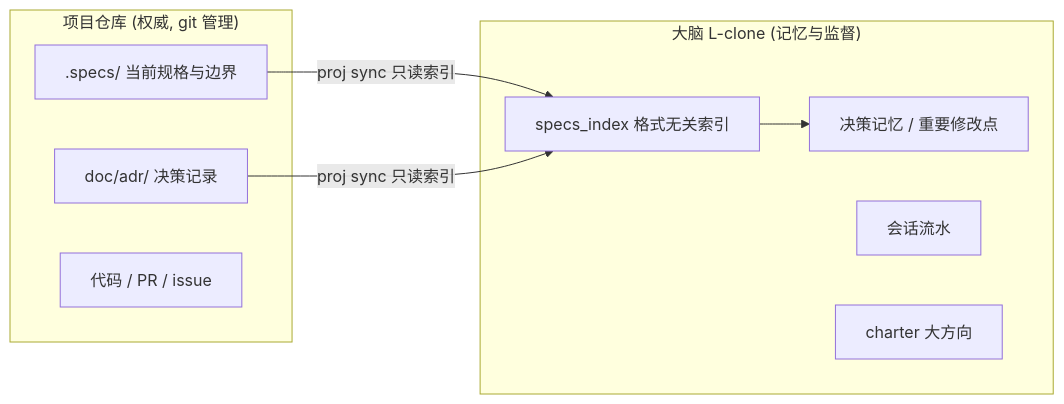
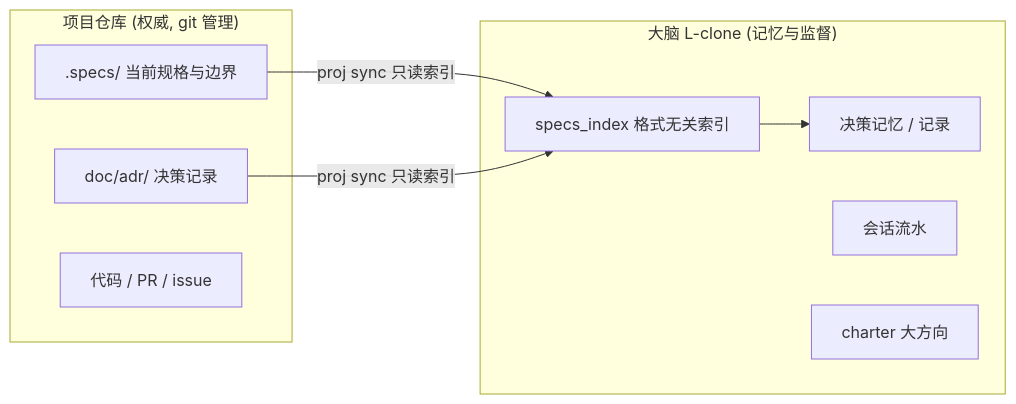
Before and after one commit to ljzRober/L-clone: the sixth of 6 diagrams in docs/ARCHITECTURE.md, drawn with Mermaid. The commit also changed other lines of this file and 14 other files, not shown here.

````diff
--- a/docs/ARCHITECTURE.md
+++ b/docs/ARCHITECTURE.md
@@ -193,17 +193,17 @@
 ```mermaid
 flowchart LR
     subgraph PROJECT["项目仓库 (权威, git 管理)"]
         SPEC[".specs/ 当前规格与边界"]
         ADR["doc/adr/ 决策记录"]
         CODE["代码 / PR / issue"]
     end
     subgraph BRAIN["大脑 L-clone (记忆与监督)"]
         IDX["specs_index 格式无关索引"]
-        DEC["决策记忆 / 重要修改点"]
+        DEC["决策记忆 / 记录"]
         SES["会话流水"]
         CH["charter 大方向"]
     end
     SPEC -->|"proj sync 只读索引"| IDX
     ADR -->|"proj sync 只读索引"| IDX
     IDX --> DEC
 ```
````
